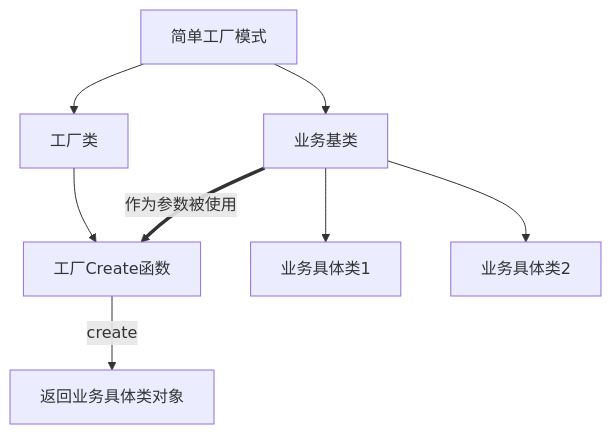
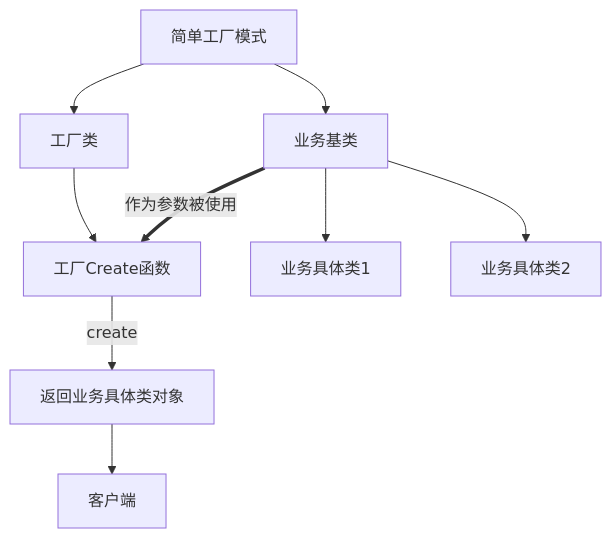
The fifth of 27 diagrams in C++设计模式.md (chenbei97/myLeetCode), drawn with Mermaid before and after one commit. The commit also changed other lines of this file, not shown here.

````diff
--- a/C++设计模式.md
+++ b/C++设计模式.md
@@ -1496,15 +1510,17 @@
 ```mermaid
 graph TD
 m[简单工厂模式]
 s1[工厂类]
 s2[工厂Create函数]
 s3[返回业务具体类对象]
 y1[业务基类]
 y2[业务具体类1]
 y3[业务具体类2]
 y1-->y2
 y1-->y3
 m-->s1-->s2-->|create|s3
 m-->y1
 y1==>|作为参数被使用|s2
+e[客户端]
+s3-->e
 ```
````
